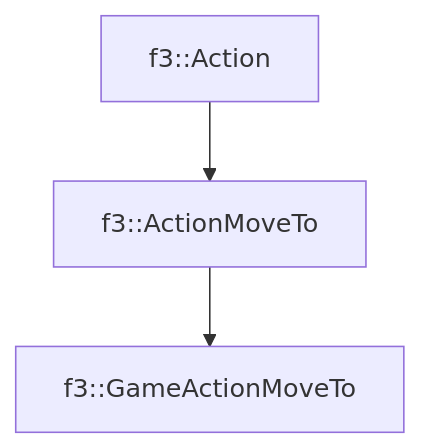
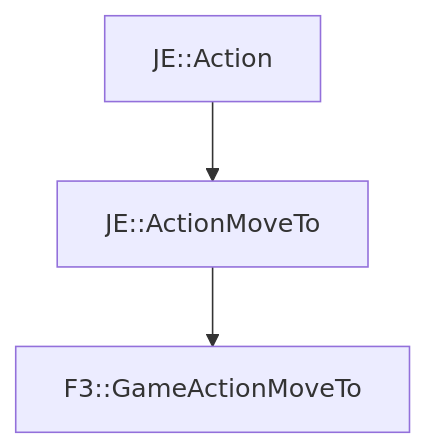
The diagram in docs/f3/GameActionMoveTo.md (OpenJE/openvb), drawn with Mermaid before and after one commit. The commit also changed other lines of this file and 1399 other files, not shown here.

````diff
--- a/docs/f3/GameActionMoveTo.md
+++ b/docs/f3/GameActionMoveTo.md
@@ -17,5 +17,5 @@
 ```mermaid
 graph TD;
-    f3::Action --> f3::ActionMoveTo
-    f3::ActionMoveTo --> f3::GameActionMoveTo
+    JE::Action --> JE::ActionMoveTo
+    JE::ActionMoveTo --> F3::GameActionMoveTo
 ```
````
